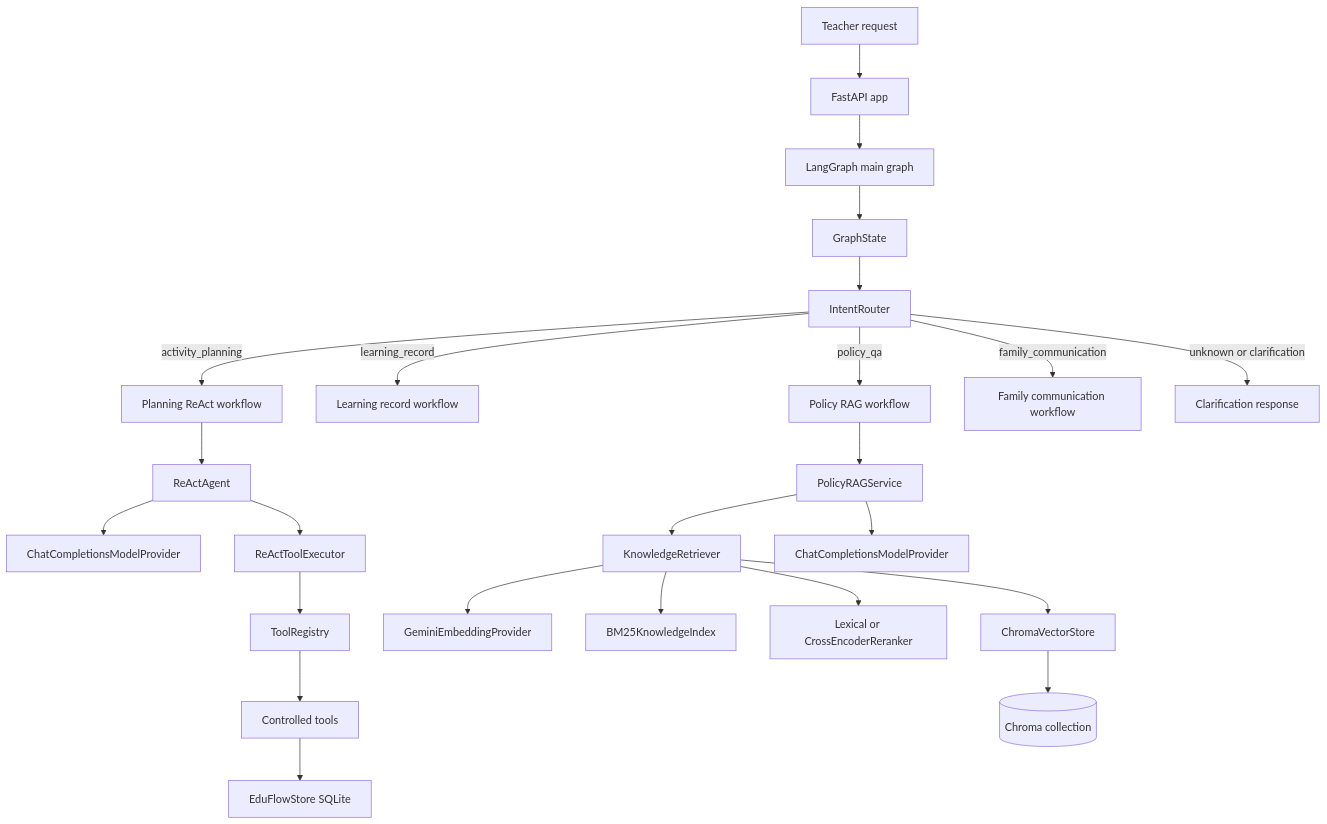
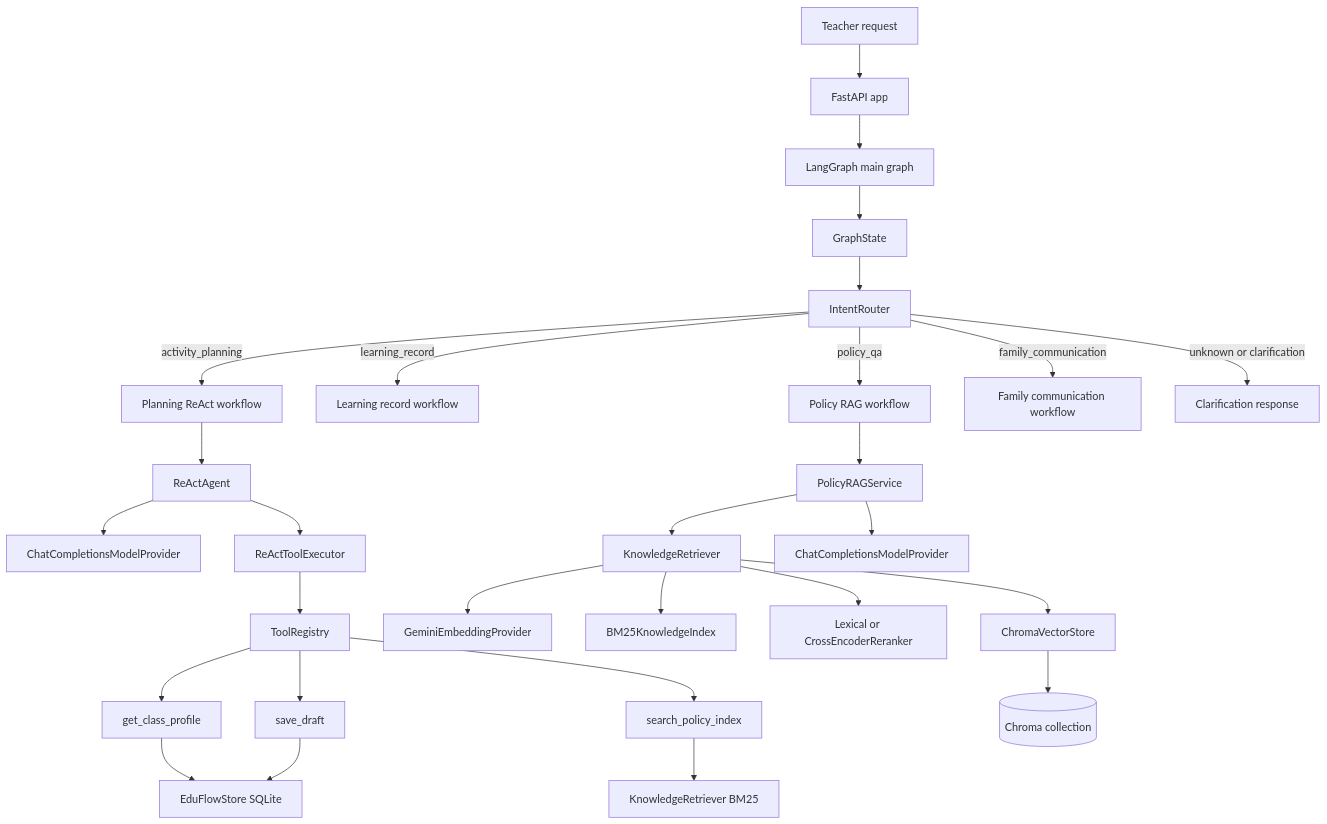
One commit to MengC-OvO/easy-teaching changed the first of 3 diagrams in README.md. Above: the diagram before and after it, drawn with Mermaid. The commit also changed other lines of this file and 10 other files, not shown here.

````diff
--- a/README.md
+++ b/README.md
@@ -26,29 +26,33 @@
 ```mermaid
 flowchart TD
     User[Teacher request] --> API[FastAPI app]
     API --> MainGraph[LangGraph main graph]
     MainGraph --> GraphState[GraphState]
     GraphState --> Router[IntentRouter]
 
     Router -->|activity_planning| PlanningReAct[Planning ReAct workflow]
     Router -->|learning_record| LearningPlaceholder[Learning record workflow]
     Router -->|policy_qa| PolicyRAG[Policy RAG workflow]
     Router -->|family_communication| FamilyPlaceholder[Family communication workflow]
     Router -->|unknown or clarification| Clarification[Clarification response]
 
     PlanningReAct --> ReActAgent[ReActAgent]
     ReActAgent --> ModelProvider[ChatCompletionsModelProvider]
     ReActAgent --> ReActExecutor[ReActToolExecutor]
     ReActExecutor --> ToolRegistry[ToolRegistry]
-    ToolRegistry --> MockTools[Controlled tools]
-    MockTools --> Store[EduFlowStore SQLite]
+    ToolRegistry --> ClassTool[get_class_profile]
+    ToolRegistry --> PolicyTool[search_policy_index]
+    ToolRegistry --> DraftTool[save_draft]
+    ClassTool --> Store[EduFlowStore SQLite]
+    DraftTool --> Store
+    PolicyTool --> PlanningRetrieval[KnowledgeRetriever BM25]
 
     PolicyRAG --> PolicyService[PolicyRAGService]
     PolicyService --> Retrieval[KnowledgeRetriever]
     Retrieval --> Embeddings[GeminiEmbeddingProvider]
     Retrieval --> BM25[BM25KnowledgeIndex]
     Retrieval --> Reranker[Lexical or CrossEncoderReranker]
     Retrieval --> VectorStore[ChromaVectorStore]
     VectorStore --> Chroma[(Chroma collection)]
     PolicyService --> AnswerModel[ChatCompletionsModelProvider]
 ```
````
